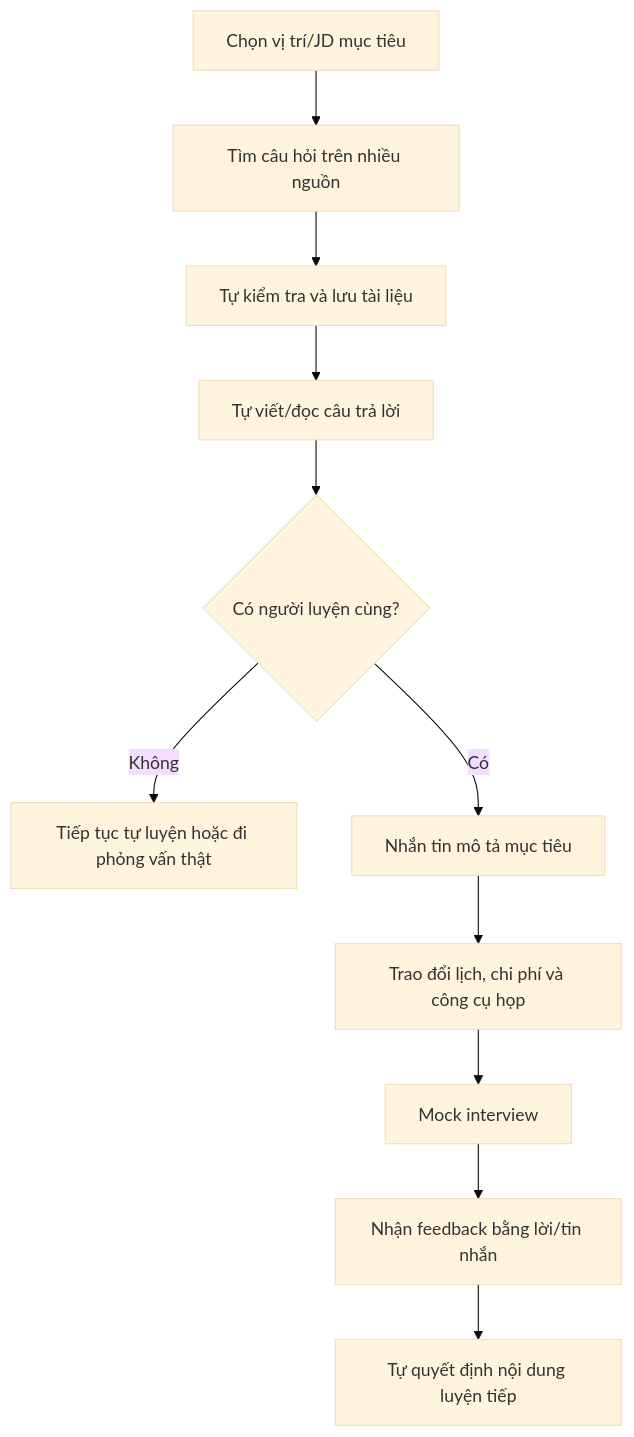
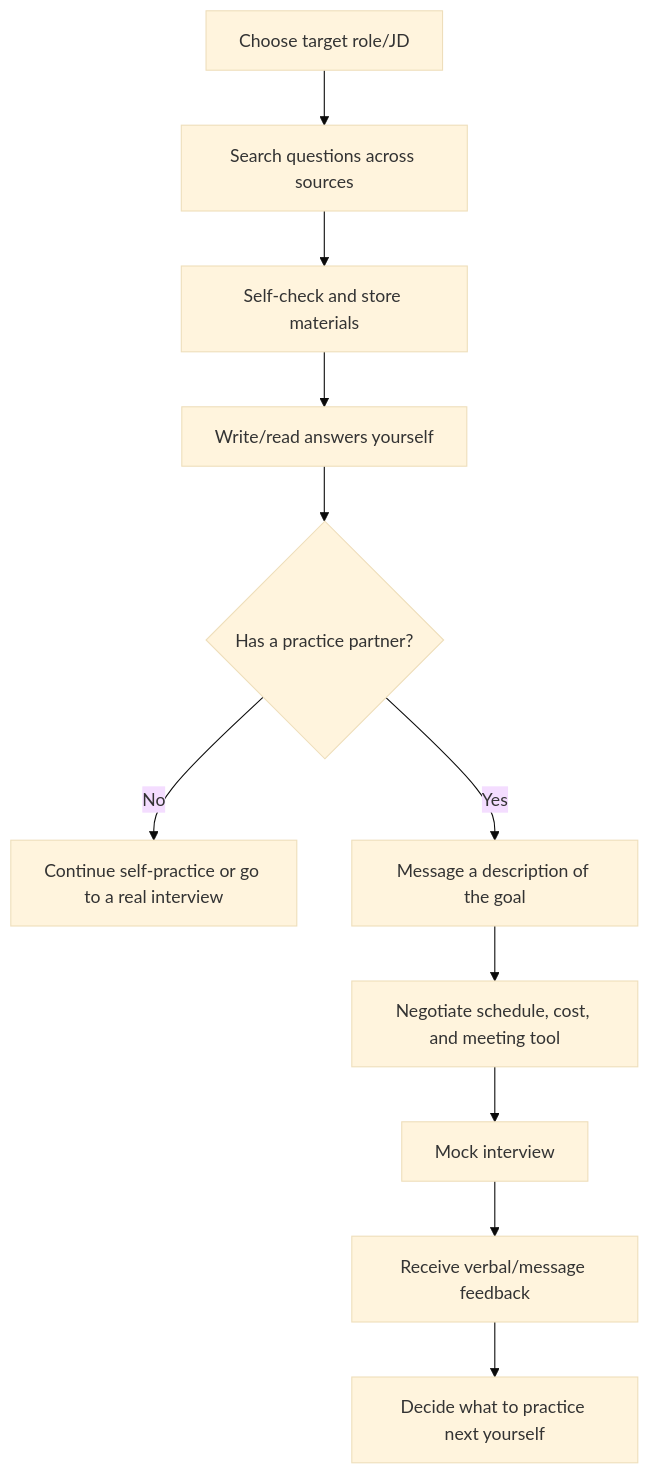
One commit to tnnhuaa/InterviewQuestionBank changed the diagram in docs/Project_Vision_and_Scope/Current_State_Workflow.md. Above: the diagram before and after it, drawn with Mermaid (base theme). The commit also changed other lines of this file and 19 other files, not shown here.

````diff
--- a/docs/Project_Vision_and_Scope/Current_State_Workflow.md
+++ b/docs/Project_Vision_and_Scope/Current_State_Workflow.md
@@ -13,13 +13,13 @@
 ```mermaid
 flowchart TD
-    A["Chọn vị trí/JD mục tiêu"] --> B["Tìm câu hỏi trên nhiều nguồn"]
-    B --> C["Tự kiểm tra và lưu tài liệu"]
-    C --> D["Tự viết/đọc câu trả lời"]
-    D --> E{"Có người luyện cùng?"}
-    E -- "Không" --> F["Tiếp tục tự luyện hoặc đi phỏng vấn thật"]
-    E -- "Có" --> G["Nhắn tin mô tả mục tiêu"]
-    G --> H["Trao đổi lịch, chi phí và công cụ họp"]
+    A["Choose target role/JD"] --> B["Search questions across sources"]
+    B --> C["Self-check and store materials"]
+    C --> D["Write/read answers yourself"]
+    D --> E{"Has a practice partner?"}
+    E -- "No" --> F["Continue self-practice or go to a real interview"]
+    E -- "Yes" --> G["Message a description of the goal"]
+    G --> H["Negotiate schedule, cost, and meeting tool"]
     H --> I["Mock interview"]
-    I --> J["Nhận feedback bằng lời/tin nhắn"]
-    J --> K["Tự quyết định nội dung luyện tiếp"]
+    I --> J["Receive verbal/message feedback"]
+    J --> K["Decide what to practice next yourself"]
 ```
````
